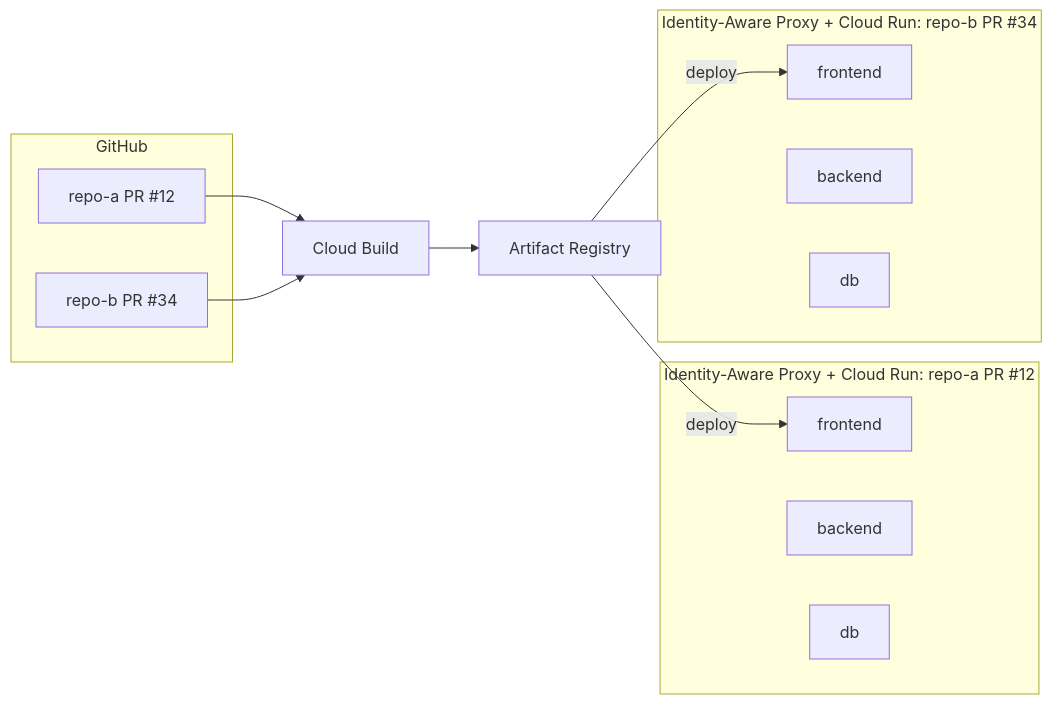
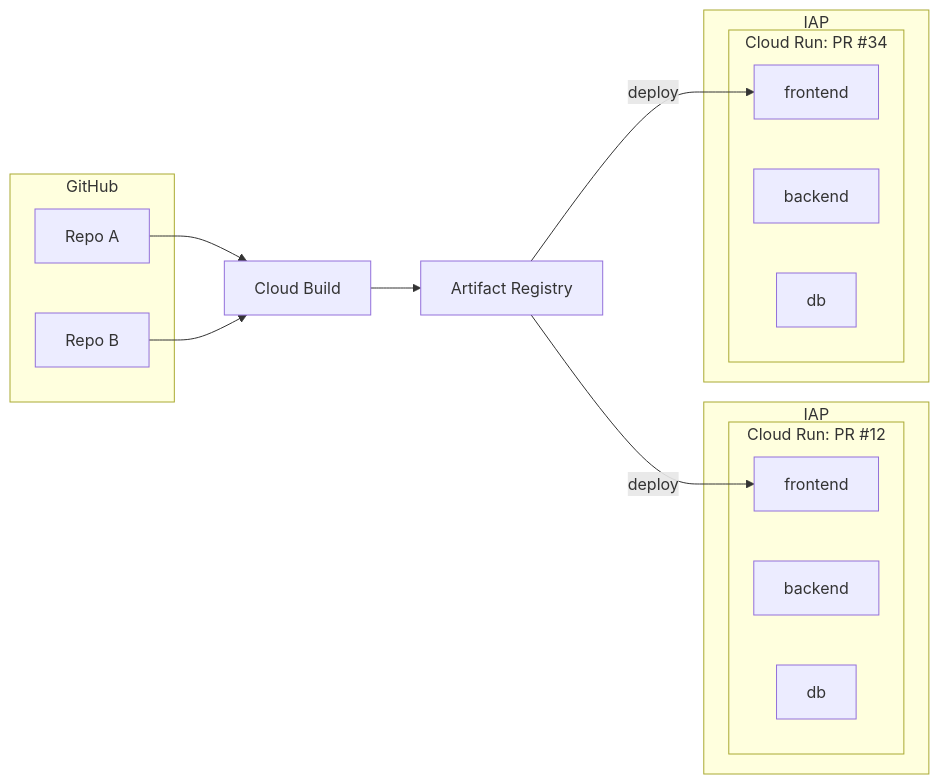
The diagram in README.md (gawakawa/prenv), drawn with Mermaid before and after one commit.

Commit message:
:art: Simplify mermaid diagram labels and nest IAP around Cloud Run

````diff
--- a/README.md
+++ b/README.md
@@ -9,25 +9,29 @@
 ```mermaid
 flowchart LR
     subgraph "GitHub"
-        pr1["repo-a PR #12"]
-        pr2["repo-b PR #34"]
+        repoA[Repo A]
+        repoB[Repo B]
     end
 
-    pr1 --> build[Cloud Build]
-    pr2 --> build
+    repoA --> build[Cloud Build]
+    repoB --> build
     build --> ar[Artifact Registry]
 
-    subgraph "Identity-Aware Proxy + Cloud Run: repo-a PR #12"
-        f1[frontend]
-        b1[backend]
-        d1[db]
+    subgraph iapA["IAP"]
+        subgraph "Cloud Run: PR #12"
+            f1[frontend]
+            b1[backend]
+            d1[db]
+        end
     end
-    subgraph "Identity-Aware Proxy + Cloud Run: repo-b PR #34"
-        f2[frontend]
-        b2[backend]
-        d2[db]
+    subgraph iapB["IAP"]
+        subgraph "Cloud Run: PR #34"
+            f2[frontend]
+            b2[backend]
+            d2[db]
+        end
     end
 
     ar -->|deploy| f1
     ar -->|deploy| f2
 ```
````
